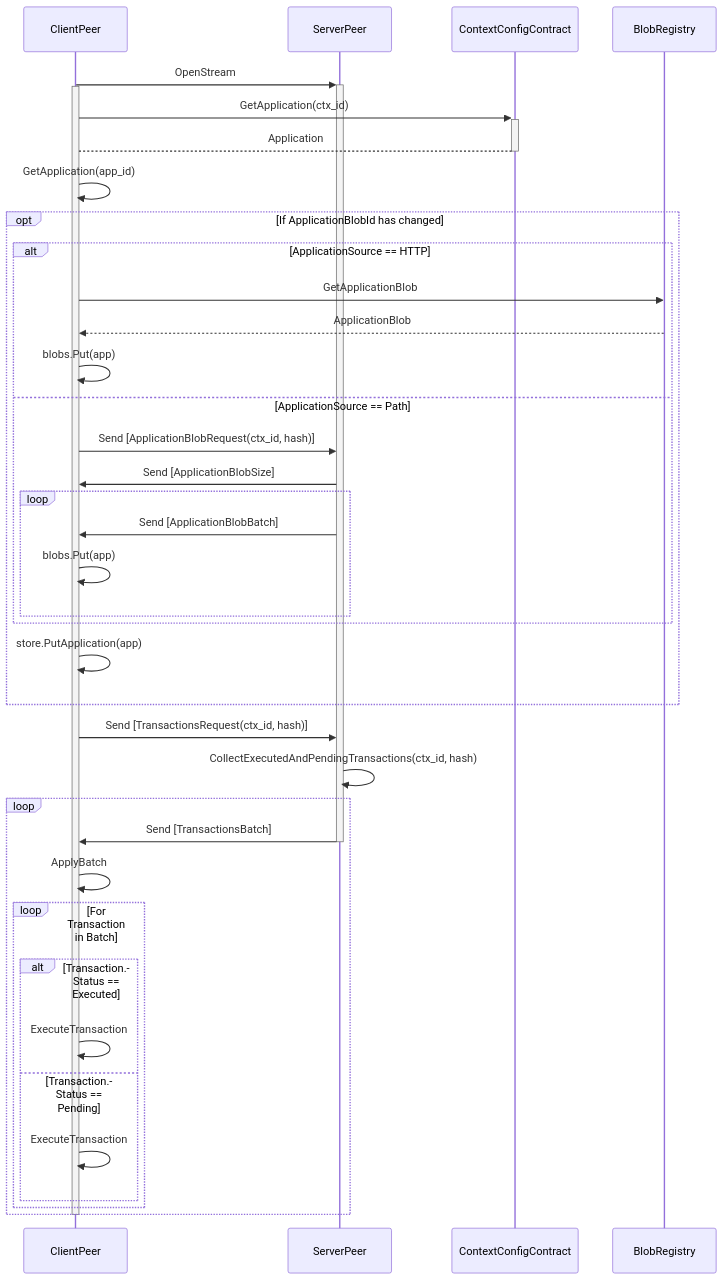
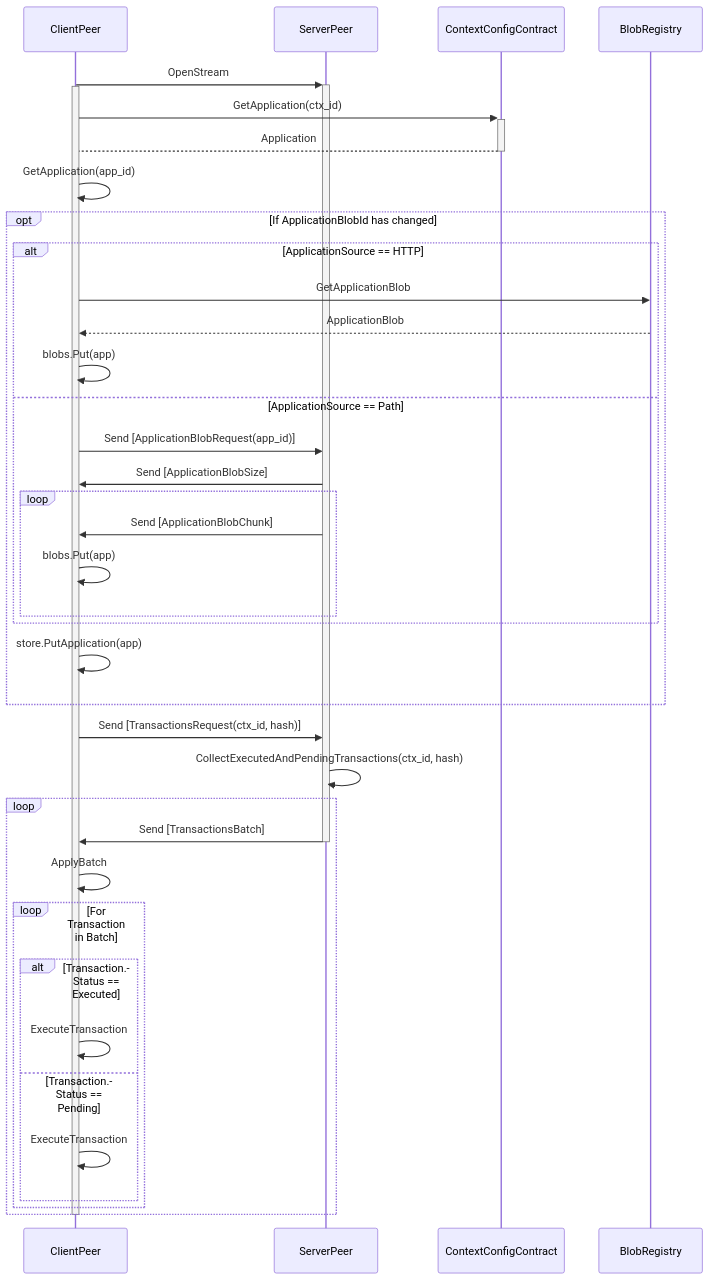
The second of 2 diagrams in crates/node/README.md (calimero-network/core), drawn with Mermaid before and after one commit.

Commit message:
docs(node): fix application blob request arguments

````diff
--- a/crates/node/README.md
+++ b/crates/node/README.md
@@ -79,50 +79,50 @@
 ```mermaid
 sequenceDiagram
     ClientPeer->>+ServerPeer: OpenStream
     Activate ClientPeer
 
     ClientPeer->>+ContextConfigContract: GetApplication(ctx_id)
     ContextConfigContract-->-ClientPeer: Application
 
     ClientPeer->>ClientPeer: GetApplication(app_id)
 
     opt If ApplicationBlobId has changed
 
     alt ApplicationSource == HTTP
     ClientPeer->>BlobRegistry: GetApplicationBlob
     BlobRegistry-->>ClientPeer: ApplicationBlob
     ClientPeer->>ClientPeer: blobs.Put(app)
 
     else ApplicationSource == Path
-    ClientPeer->>ServerPeer: Send [ApplicationBlobRequest(ctx_id, hash)]
+    ClientPeer->>ServerPeer: Send [ApplicationBlobRequest(app_id)]
     ServerPeer->>ClientPeer: Send [ApplicationBlobSize]
     loop
-    ServerPeer->>ClientPeer: Send [ApplicationBlobBatch]
+    ServerPeer->>ClientPeer: Send [ApplicationBlobChunk]
     ClientPeer->>ClientPeer: blobs.Put(app)
     end
 
     end
 
     ClientPeer->>ClientPeer: store.PutApplication(app)
 
     end
 
     ClientPeer->>ServerPeer: Send [TransactionsRequest(ctx_id, hash)]
     ServerPeer->>ServerPeer: CollectExecutedAndPendingTransactions(ctx_id, hash)
 
     loop
     ServerPeer->>-ClientPeer: Send [TransactionsBatch]
     ClientPeer->>ClientPeer: ApplyBatch
     loop For Transaction in Batch
     alt Transaction.Status == Executed
     ClientPeer->>ClientPeer: ExecuteTransaction
 
     else Transaction.Status == Pending
     ClientPeer->>ClientPeer: ExecuteTransaction
     end
 
     end
     end
 
     Deactivate ClientPeer
 ```
````
